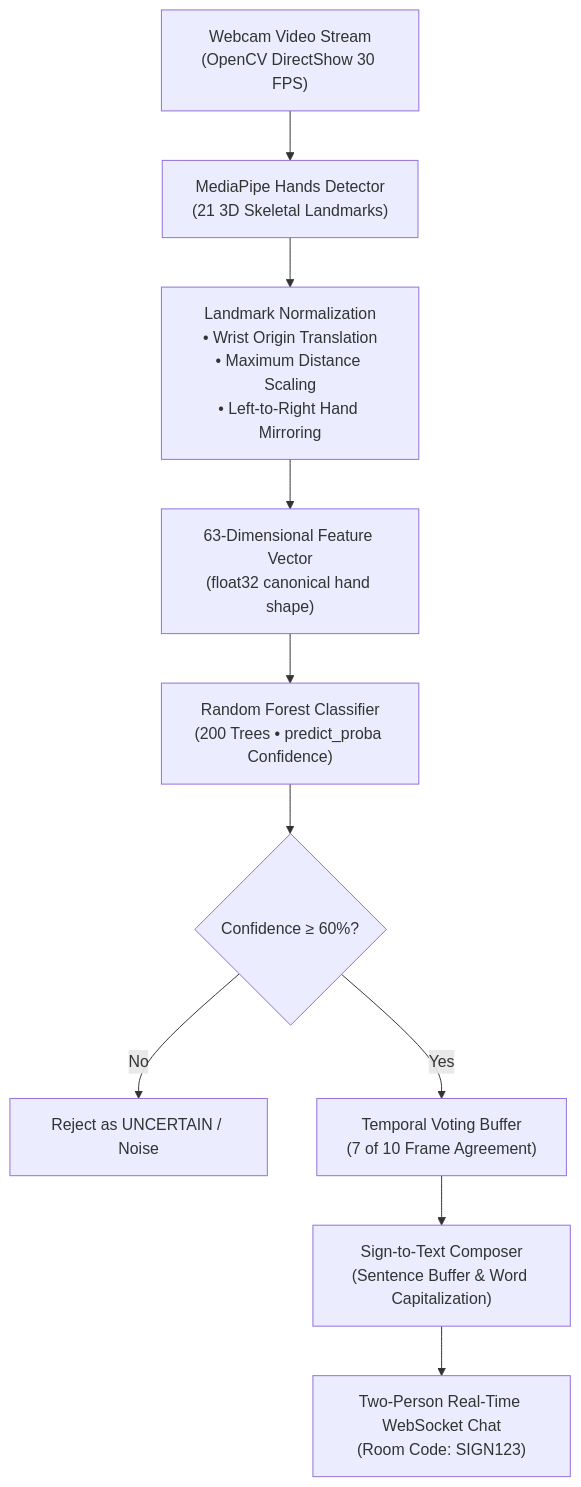
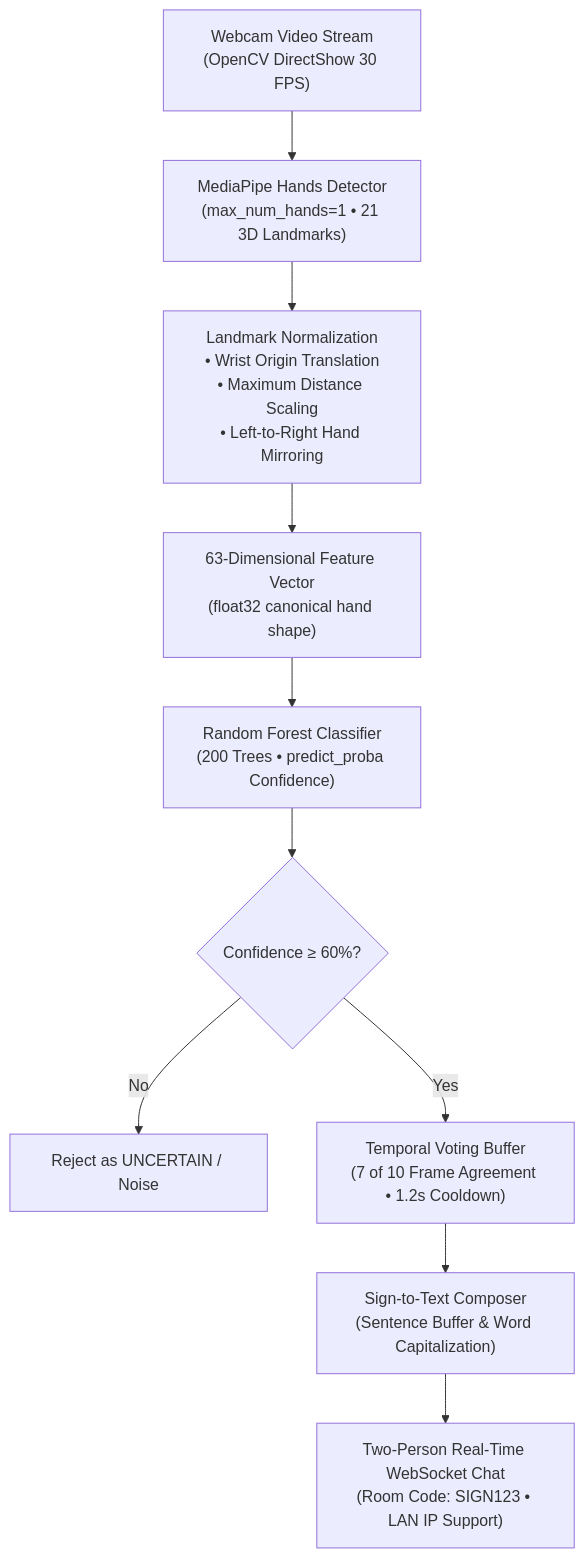
The diagram in README.md (harshit-tomar-dev/sign-language-to-text), drawn with Mermaid before and after one commit. The commit also changed other lines of this file and 23 other files, not shown here.

Commit message:
feat: complete 13-class sign language model with session-aware evaluation and 2-PC LAN chat

````diff
--- a/README.md
+++ b/README.md
@@ -30,12 +30,12 @@
 ```mermaid
 flowchart TD
-    A["Webcam Video Stream\n(OpenCV DirectShow 30 FPS)"] --> B["MediaPipe Hands Detector\n(21 3D Skeletal Landmarks)"]
+    A["Webcam Video Stream\n(OpenCV DirectShow 30 FPS)"] --> B["MediaPipe Hands Detector\n(max_num_hands=1 • 21 3D Landmarks)"]
     B --> C["Landmark Normalization\n• Wrist Origin Translation\n• Maximum Distance Scaling\n• Left-to-Right Hand Mirroring"]
     C --> D["63-Dimensional Feature Vector\n(float32 canonical hand shape)"]
     D --> E["Random Forest Classifier\n(200 Trees • predict_proba Confidence)"]
     E --> F{"Confidence ≥ 60%?"}
     F -- No --> G["Reject as UNCERTAIN / Noise"]
-    F -- Yes --> H["Temporal Voting Buffer\n(7 of 10 Frame Agreement)"]
+    F -- Yes --> H["Temporal Voting Buffer\n(7 of 10 Frame Agreement • 1.2s Cooldown)"]
     H --> I["Sign-to-Text Composer\n(Sentence Buffer & Word Capitalization)"]
-    I --> J["Two-Person Real-Time WebSocket Chat\n(Room Code: SIGN123)"]
+    I --> J["Two-Person Real-Time WebSocket Chat\n(Room Code: SIGN123 • LAN IP Support)"]
 ```
````
